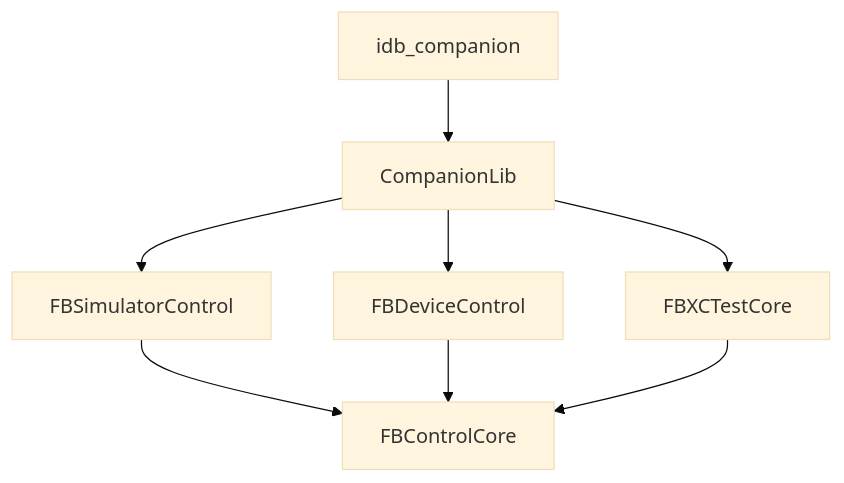
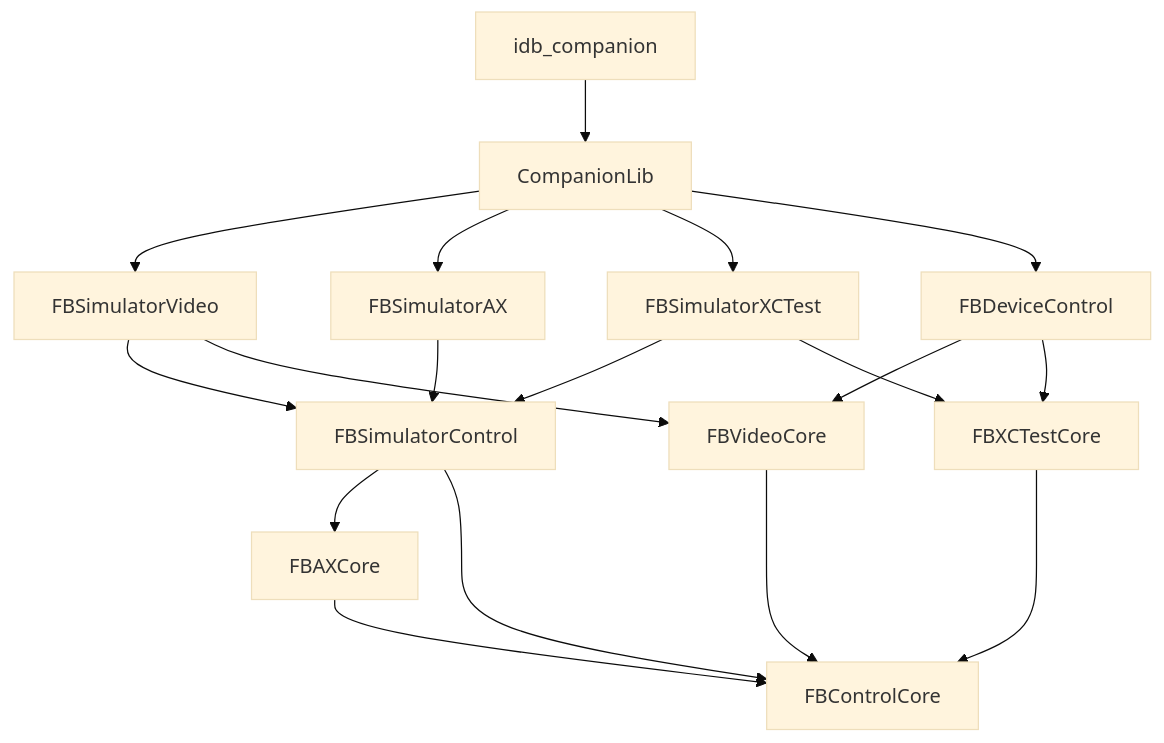
The second of 2 diagrams in website/docs/idb/architecture.mdx (facebook/idb), drawn with Mermaid (base theme) before and after one commit. The commit also changed other lines of this file, not shown here.

Commit message:
Show the feature libraries in the architecture overview
Summary: The architecture page's framework graph now shows the libraries features moved into, `FBVideoCore`, `FBAXCore` and `FBXCTestCore` with their `FBSimulatorVideo`, `FBSimulatorAX` and `FBSimulatorXCTest` counterparts, and links each library's page. A new section explains the pattern: a capability protocol refining `Target`, the conformance added from the library that implements it, why a library boundary is the only way to keep a feature out of a binary, and why a caller holding `any Target` names concrete target types rather than casting to the capability.

Reviewed By: williamtwilson

````diff
--- a/website/docs/idb/architecture.mdx
+++ b/website/docs/idb/architecture.mdx
@@ -81,10 +81,20 @@
 ```mermaid
 flowchart TD
     companion["idb_companion"] --> CompanionLib
-    CompanionLib --> FBSimulatorControl
+    CompanionLib --> FBSimulatorVideo
+    CompanionLib --> FBSimulatorAX
+    CompanionLib --> FBSimulatorXCTest
     CompanionLib --> FBDeviceControl
-    CompanionLib --> FBXCTestCore
+    FBSimulatorVideo --> FBSimulatorControl
+    FBSimulatorVideo --> FBVideoCore
+    FBSimulatorAX --> FBSimulatorControl
+    FBSimulatorXCTest --> FBSimulatorControl
+    FBSimulatorXCTest --> FBXCTestCore
+    FBSimulatorControl --> FBAXCore
+    FBDeviceControl --> FBVideoCore
+    FBDeviceControl --> FBXCTestCore
+    FBVideoCore --> FBControlCore
+    FBAXCore --> FBControlCore
+    FBXCTestCore --> FBControlCore
     FBSimulatorControl --> FBControlCore
-    FBDeviceControl --> FBControlCore
-    FBXCTestCore --> FBControlCore
 ```
````
